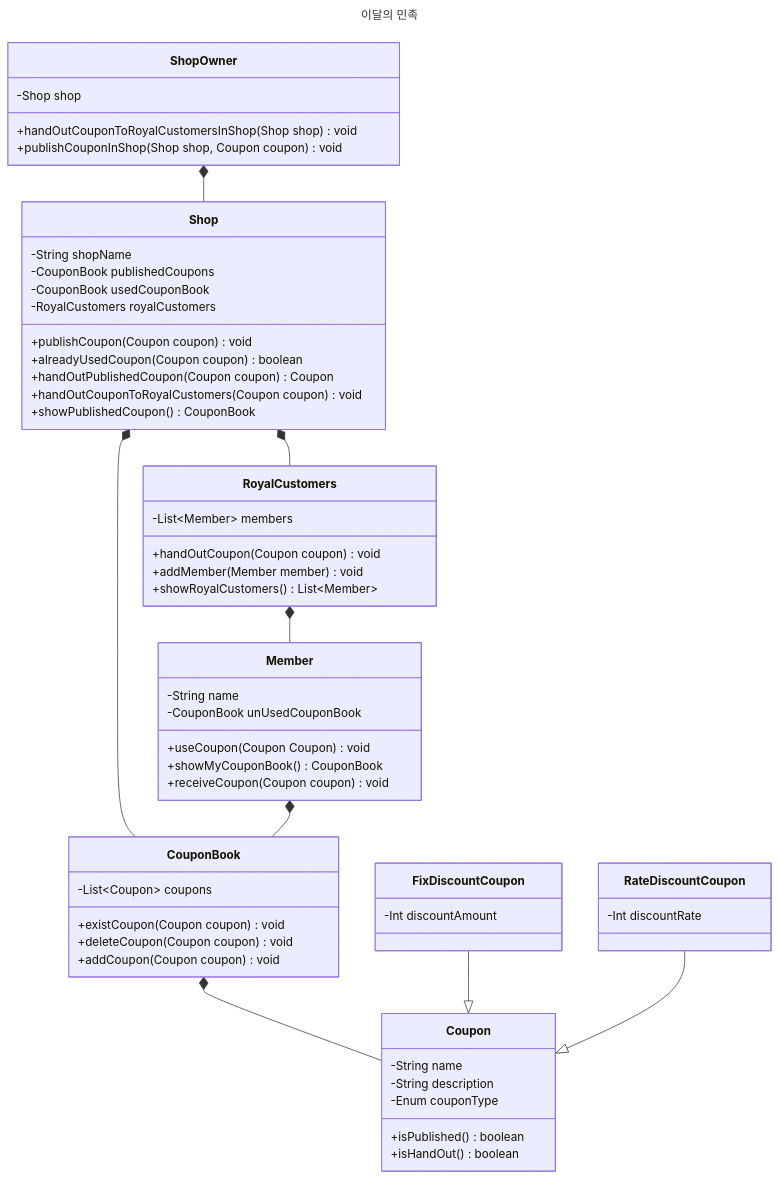
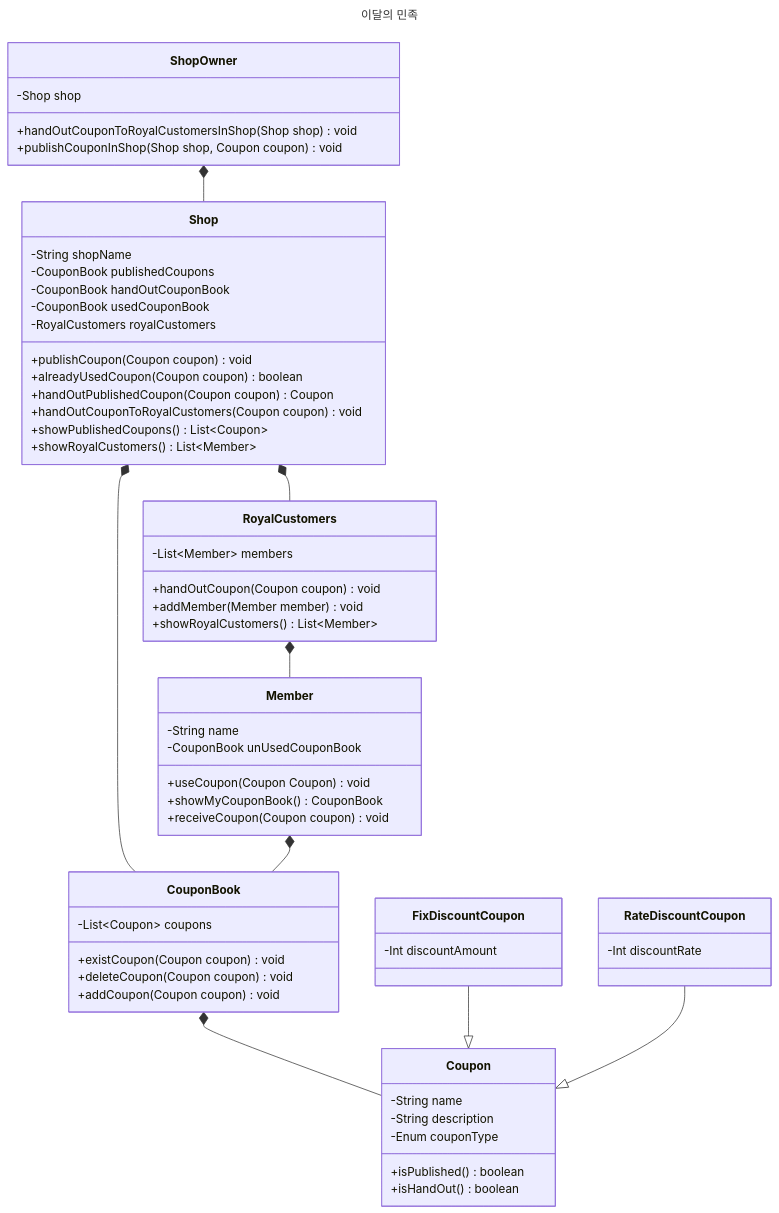
Before and after one commit to Exagonal-Study/est-delivery: the first of 2 diagrams in README.md, drawn with Mermaid. The commit also changed 2 other files, not shown here.

Commit message:
feature : shop 추가

````diff
--- a/README.md
+++ b/README.md
@@ -41,71 +41,73 @@
 ```mermaid
 ---
 title: 이달의 민족
 ---
 classDiagram
     Shop *-- CouponBook
     Shop *-- RoyalCustomers
     RoyalCustomers *-- Member
     Member *-- CouponBook
     CouponBook *-- Coupon
     FixDiscountCoupon --|> Coupon
     RateDiscountCoupon --|> Coupon
     ShopOwner *-- Shop
 
     class CouponBook{
 			-List~Coupon~ coupons
 			+existCoupon(Coupon coupon) void
 			+deleteCoupon(Coupon coupon) void
 			+addCoupon(Coupon coupon) void
     }
 
     class Coupon{
 			-String name
 			-String description
 			-Enum couponType
 			+isPublished() boolean
 			+isHandOut() boolean
     }
 
     class FixDiscountCoupon{
 			-Int discountAmount
     }
 
     class RateDiscountCoupon{
 			-Int discountRate
     }
 
     class Member{
 			-String name
 			-CouponBook unUsedCouponBook
 			+useCoupon(Coupon Coupon) void
 			+showMyCouponBook() CouponBook
 			+receiveCoupon(Coupon coupon) void
     }
 
 		class ShopOwner{
 			-Shop shop
 			+handOutCouponToRoyalCustomersInShop(Shop shop) void
 			+publishCouponInShop(Shop shop, Coupon coupon) void
 		}
 
 		class Shop{
 			-String shopName
 			-CouponBook publishedCoupons
+            -CouponBook handOutCouponBook
 			-CouponBook usedCouponBook
 			-RoyalCustomers royalCustomers
 			+publishCoupon(Coupon coupon) void
 			+alreadyUsedCoupon(Coupon coupon) boolean
 			+handOutPublishedCoupon(Coupon coupon) Coupon
 			+handOutCouponToRoyalCustomers(Coupon coupon) void
-			+showPublishedCoupon() CouponBook
+			+showPublishedCoupons() List~Coupon~
+			+showRoyalCustomers() List~Member~
 		}
 
 		class RoyalCustomers{
 			-List~Member~ members
 			+handOutCoupon(Coupon coupon) void
 			+addMember(Member member) void
 			+showRoyalCustomers() List~Member~
 		}
 
 ```
````
